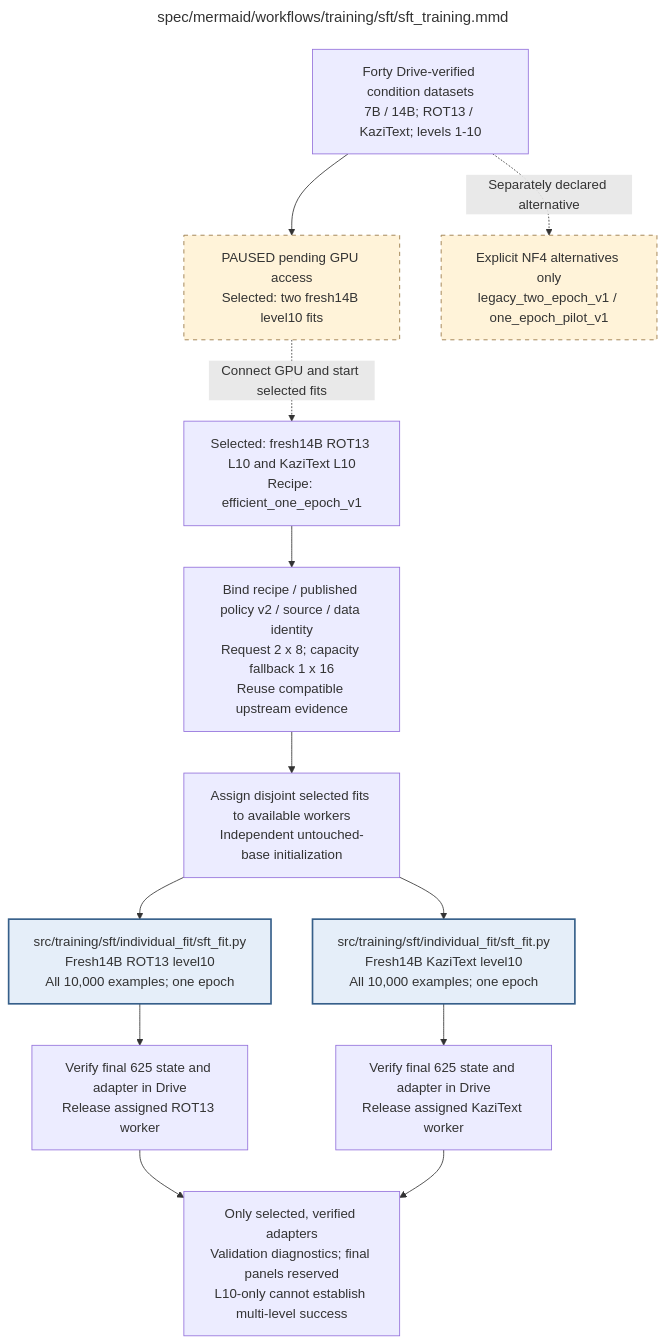
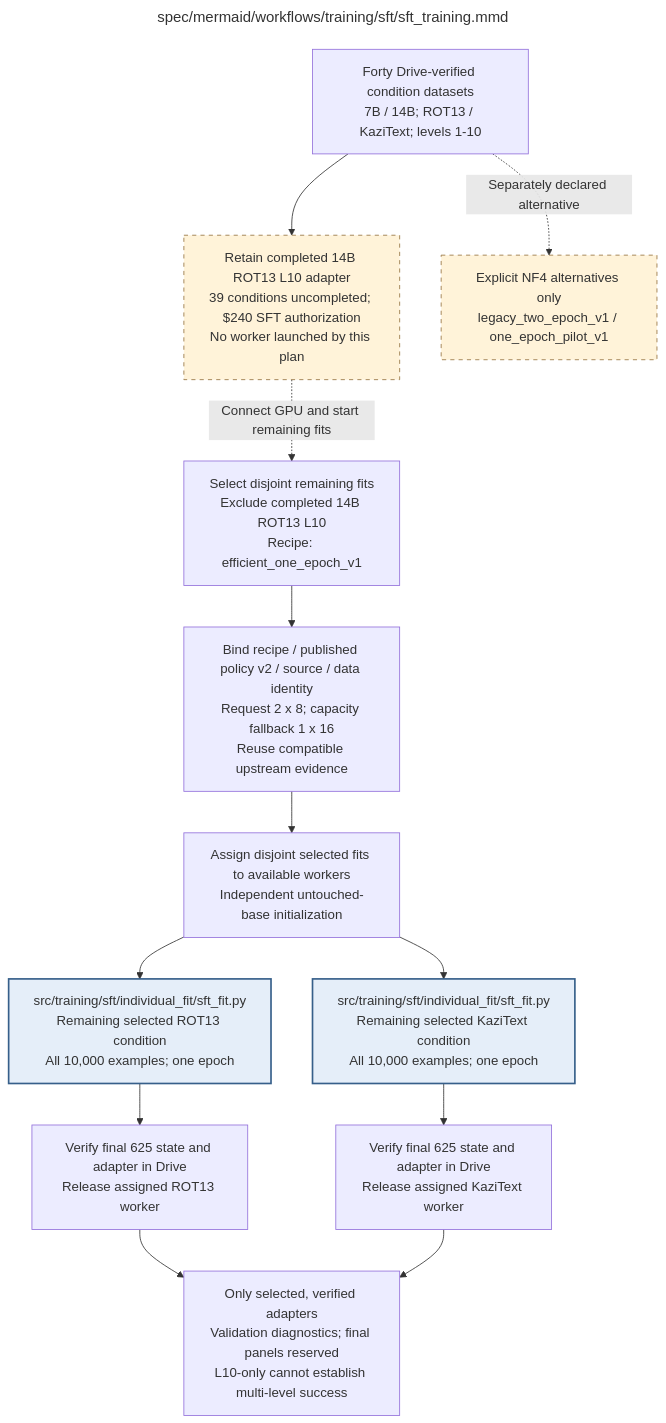
Before and after one commit to AJUNNYC/inducing_persistent_textual_chain_of_thought_illegibility: the diagram in docs/modules/training/sft/sft_training.md, drawn with Mermaid. The commit also changed other lines of this file and 28 other files, not shown here.

Commit message:
Document completed 14B ROT13 fit and authorized SFT campaign

````diff
--- a/docs/modules/training/sft/sft_training.md
+++ b/docs/modules/training/sft/sft_training.md
@@ -83,45 +85,46 @@
 ```mermaid
 ---
 title: "spec/mermaid/workflows/training/sft/sft_training.mmd"
 ---
 flowchart TD
 %% Default efficient_one_epoch_v1 applies per explicitly selected fit.
-%% All forty conditions remain available; select two fresh14B fits: ROT13 L10 and KaziText L10.
-%% Training is PAUSED pending GPU access. No paid allocation or benchmark campaign is implied.
+%% Forty datasets remain available; 14B ROT13 L10 completed 625, leaving39 uncompleted.
+%% $240 SFT authorized 13 Oct; retain completed adapter. No new worker or benchmark campaign implied.
 %% One epoch: all 10,000 examples once, 625 updates, cosine horizon 625, warmup 19.
 %% Declared baseline: BF16 base/head, exact full-gradient CCE, SDPA, plain AdamW.
 %% Completion-only per-example weighting, full 4096 targets, LoRA and effective batch remain fixed.
 %% Policy v2 requests physical 2 x 8; capacity fallback 1 x 16 retains effective 16.
 %% Fresh duplicate-longest capacity order: 2/off, 1/off, 2/on, 1/on; exact resume keeps actual mode.
 %% Legacy NF4 one/two-epoch recipes retain separate source/configuration/state identities.
 %% Historical PRO/A100 partial checkpoints remain archives, never new-recipe warm starts.
-%% Native startup guards are not yet executed; 14B speed/memory remain unmeasured.
+%% Native guards passed only for completed 14B ROT13 L10; actual 1 x 16/checkpointing off.
+%% Fit5793.143751s; worker6322.565654s; other condition runtimes unmeasured.
 %% Child: ROTFIT => individual_fit/sft_fit.mmd
 %% Child: KAZFIT => individual_fit/sft_fit.mmd
     INPUT["Forty Drive-verified condition datasets<br/>7B / 14B; ROT13 / KaziText; levels 1-10"]
-    PAUSE["PAUSED pending GPU access<br/>Selected: two fresh14B level10 fits"]
-    SELECT["Selected: fresh14B ROT13 L10 and KaziText L10<br/>Recipe: efficient_one_epoch_v1"]
+    PAUSE["Retain completed 14B ROT13 L10 adapter<br/>39 conditions uncompleted; $240 SFT authorization<br/>No worker launched by this plan"]
+    SELECT["Select disjoint remaining fits<br/>Exclude completed 14B ROT13 L10<br/>Recipe: efficient_one_epoch_v1"]
     BIND["Bind recipe / published policy v2 / source / data identity<br/>Request 2 x 8; capacity fallback 1 x 16<br/>Reuse compatible upstream evidence"]
     PLAN["Assign disjoint selected fits to available workers<br/>Independent untouched-base initialization"]
-    ROTFIT["src/training/sft/individual_fit/sft_fit.py<br/>Fresh14B ROT13 level10<br/>All 10,000 examples; one epoch"]
-    KAZFIT["src/training/sft/individual_fit/sft_fit.py<br/>Fresh14B KaziText level10<br/>All 10,000 examples; one epoch"]
+    ROTFIT["src/training/sft/individual_fit/sft_fit.py<br/>Remaining selected ROT13 condition<br/>All 10,000 examples; one epoch"]
+    KAZFIT["src/training/sft/individual_fit/sft_fit.py<br/>Remaining selected KaziText condition<br/>All 10,000 examples; one epoch"]
     ROTDONE["Verify final 625 state and adapter in Drive<br/>Release assigned ROT13 worker"]
     KAZDONE["Verify final 625 state and adapter in Drive<br/>Release assigned KaziText worker"]
     OUT["Only selected, verified adapters<br/>Validation diagnostics; final panels reserved<br/>L10-only cannot establish multi-level success"]
     LEGACY["Explicit NF4 alternatives only<br/>legacy_two_epoch_v1 / one_epoch_pilot_v1"]
     INPUT --> PAUSE
-    PAUSE -.->|Connect GPU and start selected fits| SELECT --> BIND --> PLAN
+    PAUSE -.->|Connect GPU and start remaining fits| SELECT --> BIND --> PLAN
     PLAN --> ROTFIT --> ROTDONE --> OUT
     PLAN --> KAZFIT --> KAZDONE --> OUT
     INPUT -.->|Separately declared alternative| LEGACY
     classDef detail fill:#e5eef9,stroke:#365f8a,stroke-width:2px
     class ROTFIT,KAZFIT detail
     classDef stop fill:#fff3d9,stroke:#95733f,stroke-dasharray:5 5
     class PAUSE,LEGACY stop
 
 %% Repository module: src/training/sft/sft_training.py
 %% Module documentation: docs/modules/training/sft/sft_training.md
 %% Unit test: tests/unit/training/sft/test_sft_training.py
 %% Owner: sft
 %% Source sections: C.2; E.1.1-E.1.3; E.2.2,E.2.5; authorized efficient redesign
 ```
````
